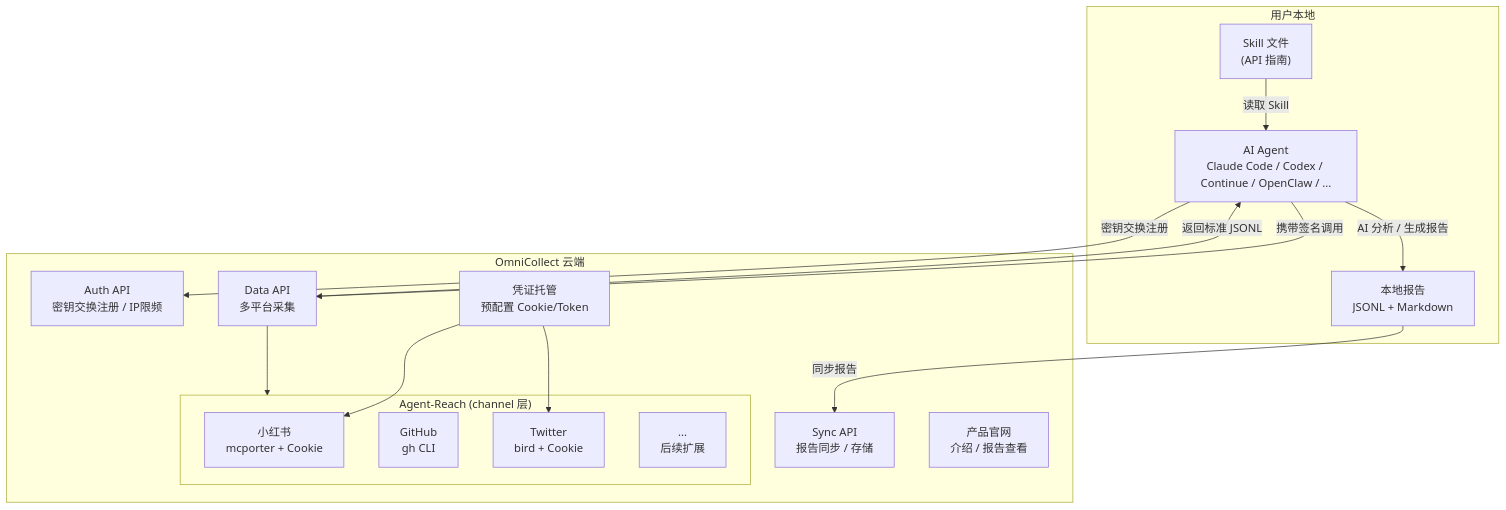
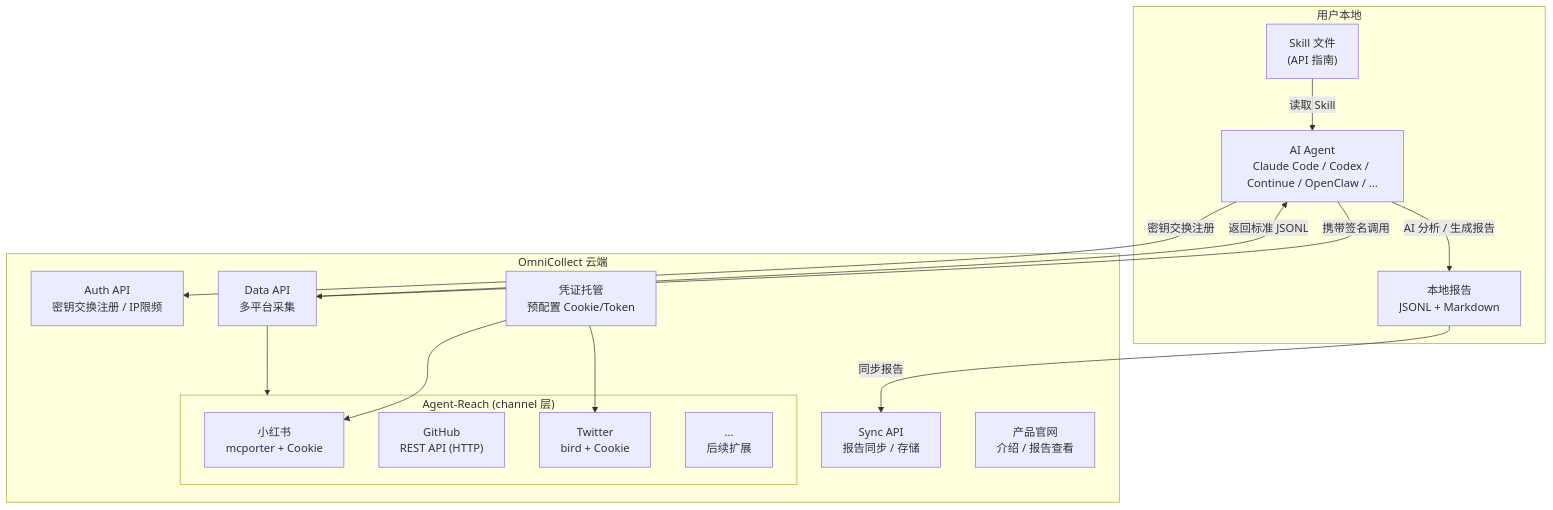
Before and after one commit to feed-mob/omni-collect: the first of 2 diagrams in ARCHITECTURE.md, drawn with Mermaid. The commit also changed other lines of this file and 1 other file, not shown here.

Commit message:
docs: GitHub collector uses REST API instead of gh CLI

````diff
--- a/ARCHITECTURE.md
+++ b/ARCHITECTURE.md
@@ -15,35 +15,35 @@
 ```mermaid
 graph TB
     subgraph local["用户本地"]
         skill["Skill 文件<br/>(API 指南)"]
         agent["AI Agent<br/>Claude Code / Codex / Continue / OpenClaw / ..."]
         report["本地报告<br/>JSONL + Markdown"]
 
         skill -- "读取 Skill" --> agent
         agent -- "AI 分析 / 生成报告" --> report
     end
 
     subgraph cloud["OmniCollect 云端"]
         auth["Auth API<br/>密钥交换注册 / IP限频"]
         data["Data API<br/>多平台采集"]
         sync["Sync API<br/>报告同步 / 存储"]
         cred["凭证托管<br/>预配置 Cookie/Token"]
         web["产品官网<br/>介绍 / 报告查看"]
 
         subgraph reach["Agent-Reach (channel 层)"]
             xhs["小红书<br/>mcporter + Cookie"]
-            gh["GitHub<br/>gh CLI"]
+            gh["GitHub<br/>REST API (HTTP)"]
             tw["Twitter<br/>bird + Cookie"]
             more["...<br/>后续扩展"]
         end
 
         data --> reach
         cred --> xhs
         cred --> tw
     end
 
     agent -- "密钥交换注册" --> auth
     agent -- "携带签名调用" --> data
     data -- "返回标准 JSONL" --> agent
     report -- "同步报告" --> sync
 ```
````
